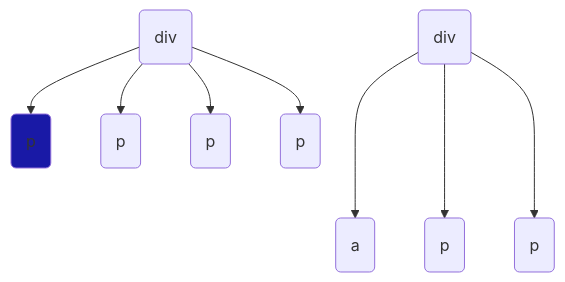
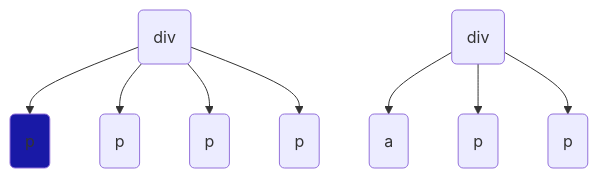
Diagram 11 of 12 in README.md (linkeshvaranr/CSS-selectors-Explained), drawn with Mermaid before and after one commit. The commit also changed other lines of this file, not shown here.

Commit message:
manythings added

````diff
--- a/README.md
+++ b/README.md
@@ -239,12 +239,12 @@
 ```mermaid
     graph TD
     A(div)-->B(p):::select
     A(div)-->C(p)
     A(div)-->D(p)
     A(div)-->J(p)
 
-    E(div)--->F(a)
-    E(div)--->G(p)
-    E(div)--->I(p)
+    E(div)-->F(a)
+    E(div)-->G(p)
+    E(div)-->I(p)
     classDef select fill:#1919a6;
 ```
````
